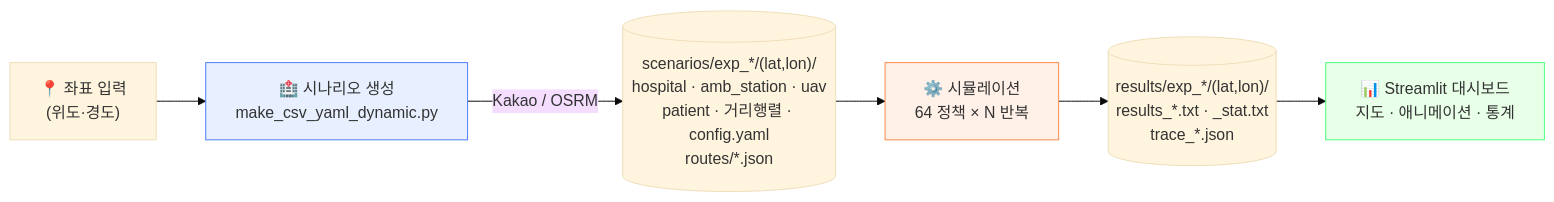
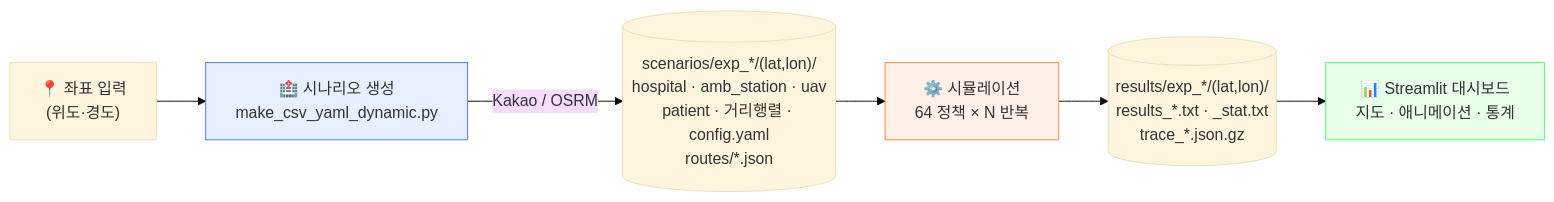
Before and after one commit to bbcc1017/MCI_ADV: the diagram in README.md, drawn with Mermaid (base theme). The commit also changed other lines of this file and 9 other files, not shown here.

````diff
--- a/README.md
+++ b/README.md
@@ -45,12 +45,12 @@
 ```mermaid
 flowchart LR
     A["📍 좌표 입력<br/>(위도·경도)"] --> B["🏥 시나리오 생성<br/>make_csv_yaml_dynamic.py"]
     B -->|"Kakao / OSRM"| C[("scenarios/exp_*/(lat,lon)/<br/>hospital · amb_station · uav<br/>patient · 거리행렬 · config.yaml<br/>routes/*.json")]
     C --> D["⚙️ 시뮬레이션<br/>64 정책 × N 반복"]
-    D --> E[("results/exp_*/(lat,lon)/<br/>results_*.txt · _stat.txt<br/>trace_*.json")]
+    D --> E[("results/exp_*/(lat,lon)/<br/>results_*.txt · _stat.txt<br/>trace_*.json.gz")]
     E --> F["📊 Streamlit 대시보드<br/>지도 · 애니메이션 · 통계"]
 
     style B fill:#e8f0ff,stroke:#4a7dff
     style D fill:#fff0e8,stroke:#ff8a4a
     style F fill:#e8ffe8,stroke:#4aff7d
 ```
````
